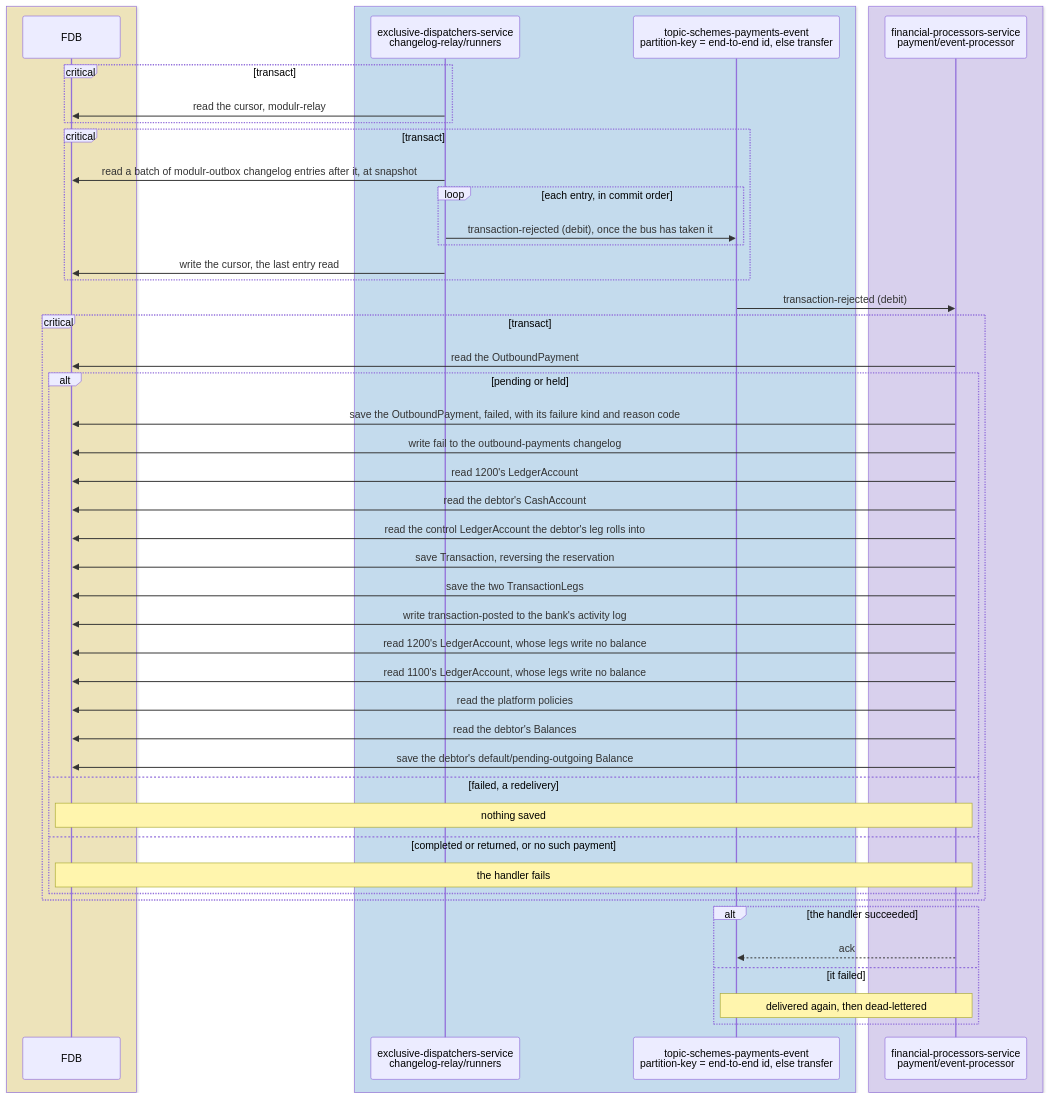
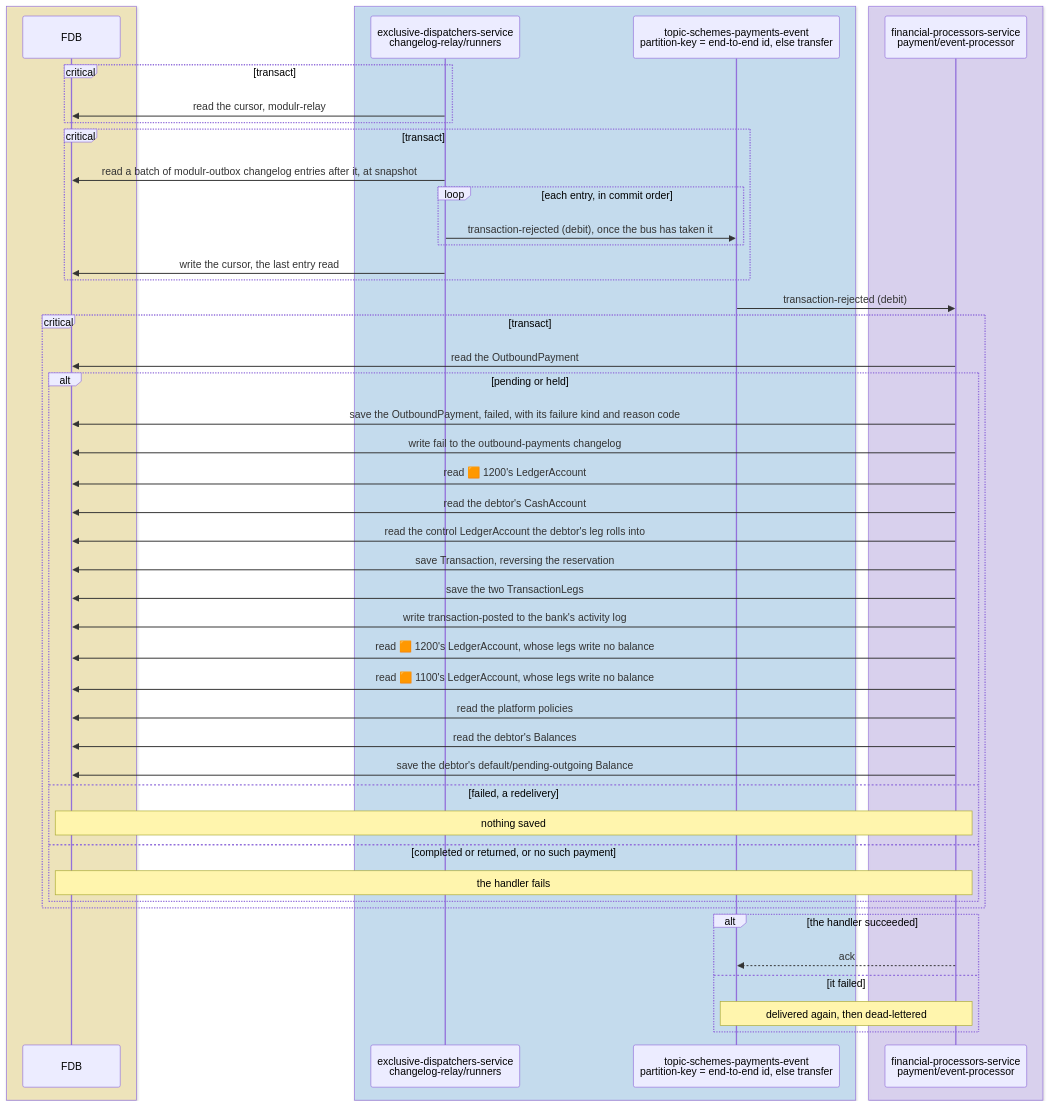
Before and after one commit to repldriven/queenswood: diagram 11 of 15 in docs/tdd/payments-outbound.md, drawn with Mermaid. The commit also changed other lines of this file and 2 other files, not shown here.

Commit message:
Mark each ledger account in the diagrams with its type's colour

````diff
--- a/docs/tdd/payments-outbound.md
+++ b/docs/tdd/payments-outbound.md
@@ -597,51 +599,51 @@
 ```mermaid
 sequenceDiagram
     box rgba(255, 236, 153, 0.5)
     participant DB as FDB
     end
     box rgba(165, 216, 255, 0.45)
     participant OR as exclusive-dispatchers-service<br/>changelog-relay/runners
     participant SE as topic-schemes-payments-event<br/>partition-key = end-to-end id, else transfer
     end
     box rgba(208, 191, 255, 0.45)
     participant PE as financial-processors-service<br/>payment/event-processor
     end
     critical transact
     OR->>DB: read the cursor, modulr-relay
     end
     critical transact
     OR->>DB: read a batch of modulr-outbox changelog entries after it, at snapshot
     loop each entry, in commit order
     OR->>SE: transaction-rejected (debit), once the bus has taken it
     end
     OR->>DB: write the cursor, the last entry read
     end
     SE->>PE: transaction-rejected (debit)
     critical transact
     PE->>DB: read the OutboundPayment
     alt pending or held
     PE->>DB: save the OutboundPayment, failed, with its failure kind and reason code
     PE->>DB: write fail to the outbound-payments changelog
-    PE->>DB: read 1200's LedgerAccount
+    PE->>DB: read 🟧 1200's LedgerAccount
     PE->>DB: read the debtor's CashAccount
     PE->>DB: read the control LedgerAccount the debtor's leg rolls into
     PE->>DB: save Transaction, reversing the reservation
     PE->>DB: save the two TransactionLegs
     PE->>DB: write transaction-posted to the bank's activity log
-    PE->>DB: read 1200's LedgerAccount, whose legs write no balance
-    PE->>DB: read 1100's LedgerAccount, whose legs write no balance
+    PE->>DB: read 🟧 1200's LedgerAccount, whose legs write no balance
+    PE->>DB: read 🟧 1100's LedgerAccount, whose legs write no balance
     PE->>DB: read the platform policies
     PE->>DB: read the debtor's Balances
     PE->>DB: save the debtor's default/pending-outgoing Balance
     else failed, a redelivery
     Note over PE,DB: nothing saved
     else completed or returned, or no such payment
     Note over PE,DB: the handler fails
     end
     end
     alt the handler succeeded
     PE-->>SE: ack
     else it failed
     Note over PE,SE: delivered again, then dead-lettered
     end
 ```
````
